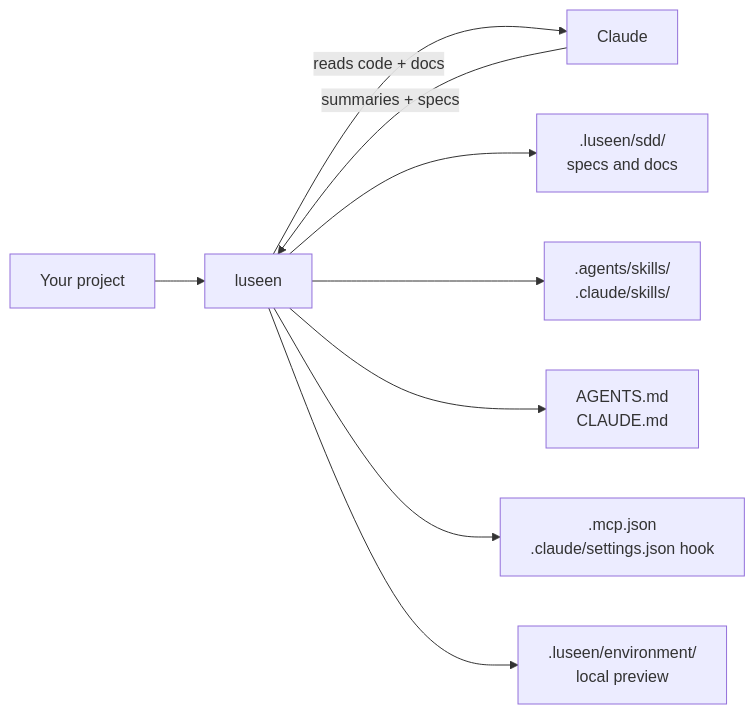
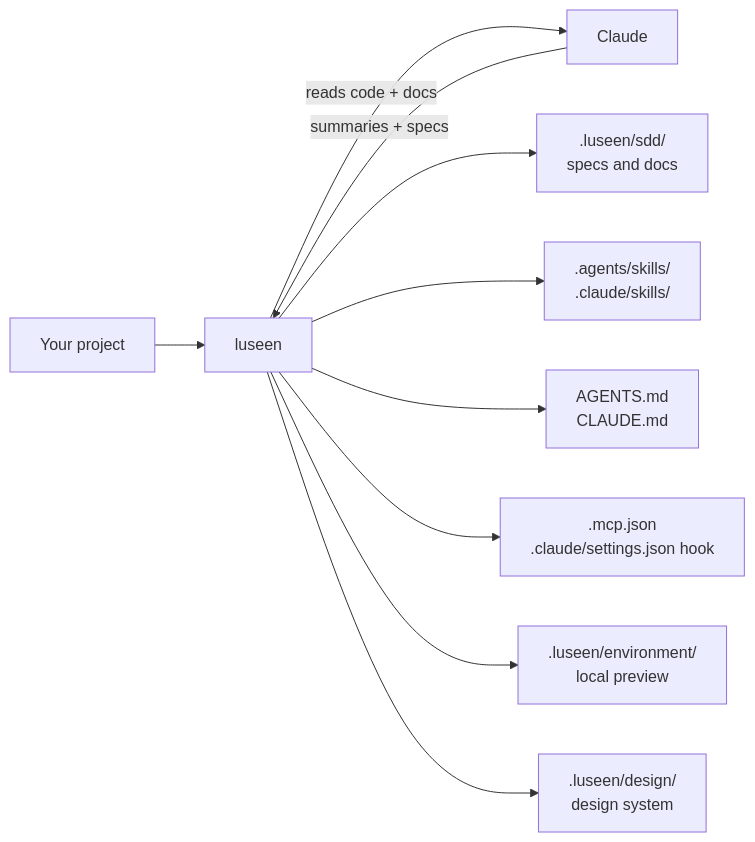
The seventh of 10 diagrams in SETUP_FLOW.md (Hayko97/cclinic), drawn with Mermaid before and after one commit. The commit also changed other lines of this file and 2 other files, not shown here.

Commit message:
docs: update README and setup flow, add new project flow

````diff
--- a/SETUP_FLOW.md
+++ b/SETUP_FLOW.md
@@ -13,11 +485,12 @@
 ```mermaid
 flowchart LR
     A[Your project] --> B[luseen]
     B -->|reads code + docs| C[Claude]
     C -->|summaries + specs| B
     B --> D[.luseen/sdd/<br/>specs and docs]
     B --> E[.agents/skills/<br/>.claude/skills/]
     B --> F[AGENTS.md<br/>CLAUDE.md]
     B --> H[.mcp.json<br/>.claude/settings.json hook]
     B --> G[.luseen/environment/<br/>local preview]
+    B --> DS[.luseen/design/<br/>design system]
 ```
````
